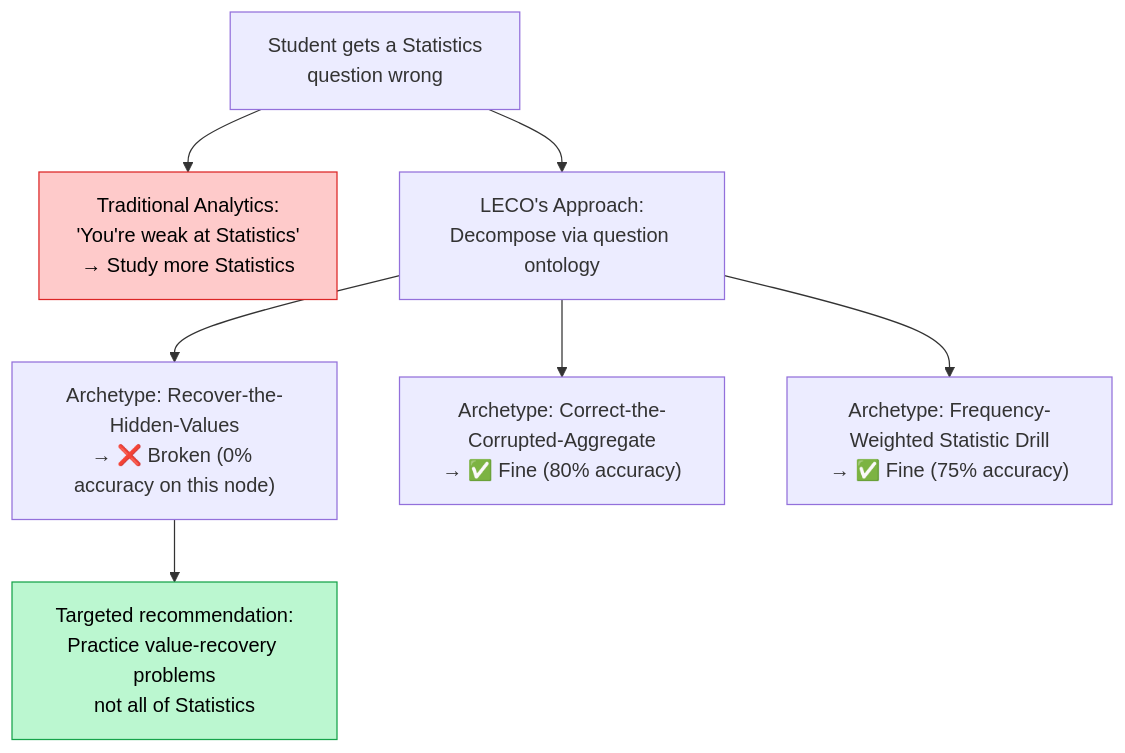
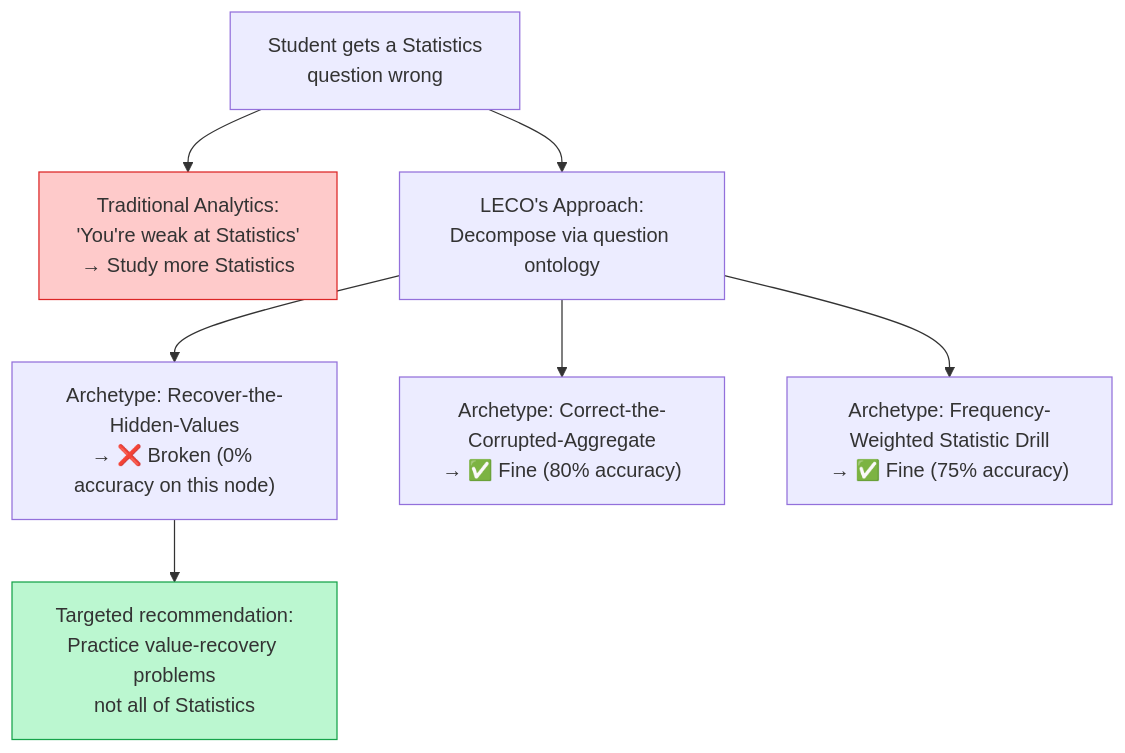
The second of 7 diagrams in CASE_STUDY.md (devangi-08/LECO), drawn with Mermaid before and after one commit. The commit also changed other lines of this file, not shown here.

````diff
--- a/CASE_STUDY.md
+++ b/CASE_STUDY.md
@@ -105,14 +105,14 @@
 ```mermaid
 flowchart TD
     Q["Student gets a Statistics\nquestion wrong"] --> TOPIC["Traditional Analytics:\n'You're weak at Statistics'\n→ Study more Statistics"]
 
     Q --> LECO["LECO's Approach:\nDecompose via question ontology"]
     LECO --> N1["Archetype: Recover-the-Hidden-Values\n→ ❌ Broken (0% accuracy on this node)"]
     LECO --> N2["Archetype: Correct-the-Corrupted-Aggregate\n→ ✅ Fine (80% accuracy)"]
     LECO --> N3["Archetype: Frequency-Weighted Statistic Drill\n→ ✅ Fine (75% accuracy)"]
 
     N1 --> REC["Targeted recommendation:\nPractice value-recovery problems\nnot all of Statistics"]
 
-    style TOPIC fill:#fecaca,stroke:#dc2626,color:#000000
-    style REC fill:#bbf7d0,stroke:#16a34a,color:#000000
+    style TOPIC fill:#fecaca,stroke:#dc2626
+    style REC fill:#bbf7d0,stroke:#16a34a
 ```
````
